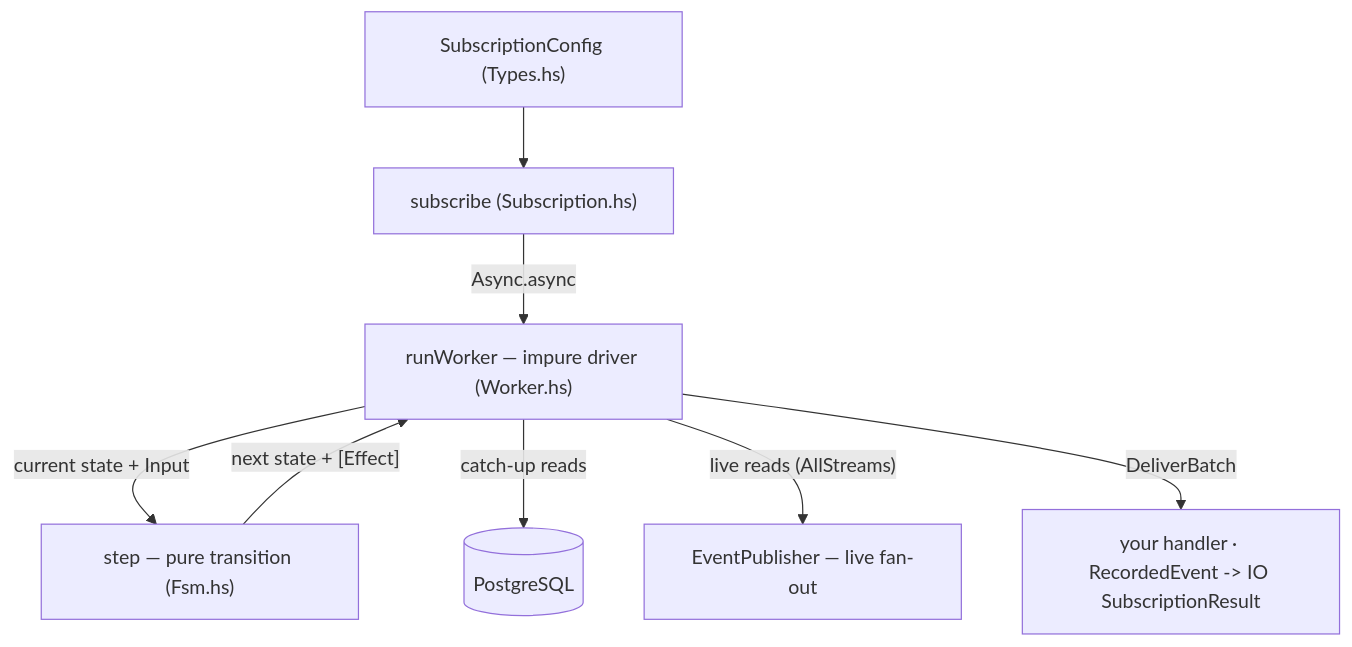
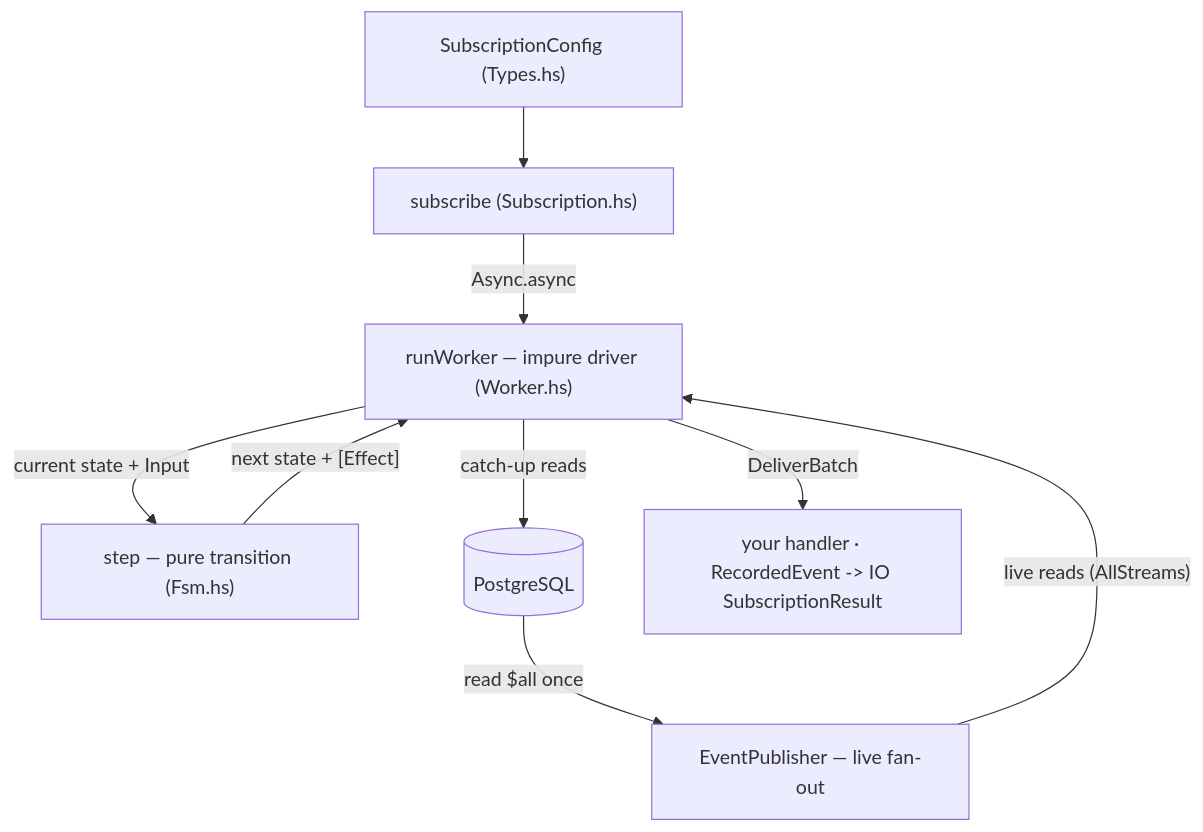
The diagram in content/docs/kiroku/walkthrough/00-start-here.mdx (shinzui/keiro-runtime-docs), drawn with Mermaid before and after one commit. The commit also changed other lines of this file and 16 other files, not shown here.

````diff
--- a/content/docs/kiroku/walkthrough/00-start-here.mdx
+++ b/content/docs/kiroku/walkthrough/00-start-here.mdx
@@ -31,18 +31,19 @@
 ```mermaid
 flowchart TD
   Cfg["SubscriptionConfig (Types.hs)"]
   Sub["subscribe (Subscription.hs)"]
   Worker["runWorker — impure driver (Worker.hs)"]
   Step["step — pure transition (Fsm.hs)"]
   PG[("PostgreSQL")]
   Pub["EventPublisher — live fan-out"]
   Handler["your handler · RecordedEvent -> IO SubscriptionResult"]
 
   Cfg --> Sub
   Sub -->|"Async.async"| Worker
   Worker -->|"current state + Input"| Step
   Step -->|"next state + [Effect]"| Worker
   Worker -->|"catch-up reads"| PG
-  Worker -->|"live reads (AllStreams)"| Pub
+  PG -->|"read $all once"| Pub
+  Pub -->|"live reads (AllStreams)"| Worker
   Worker -->|"DeliverBatch"| Handler
 ```
````
